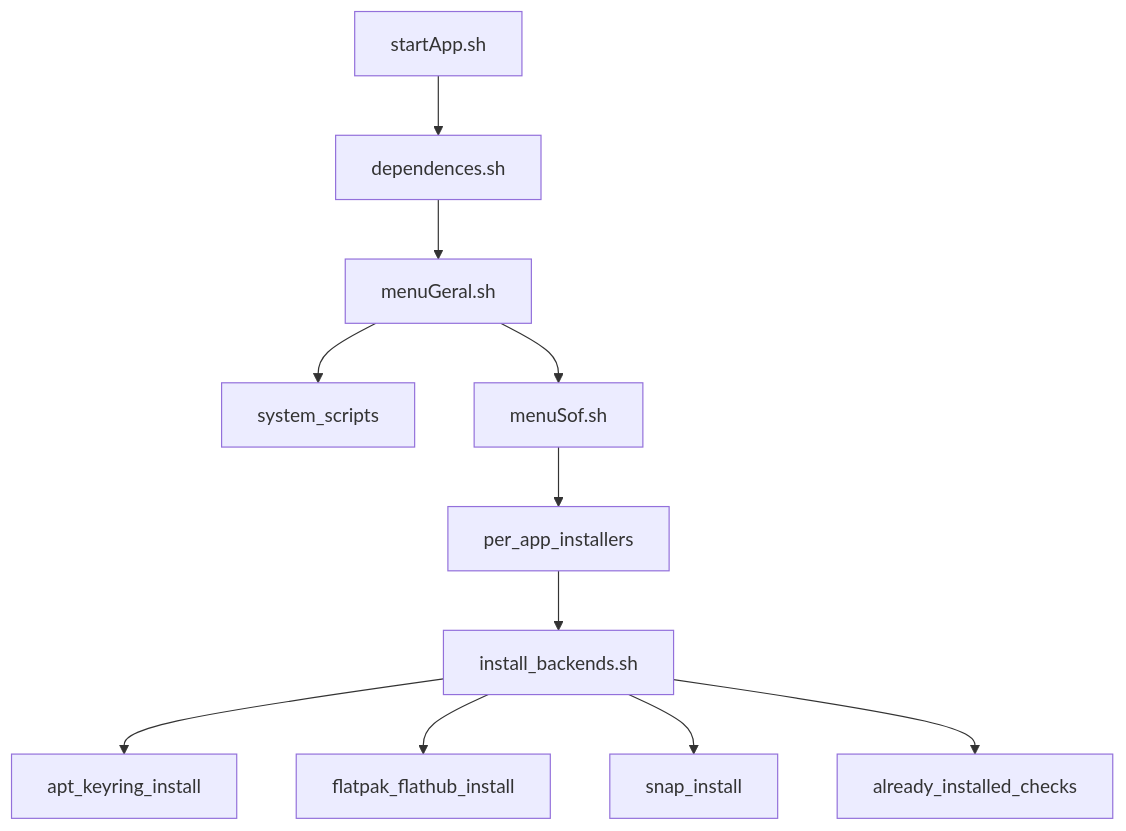
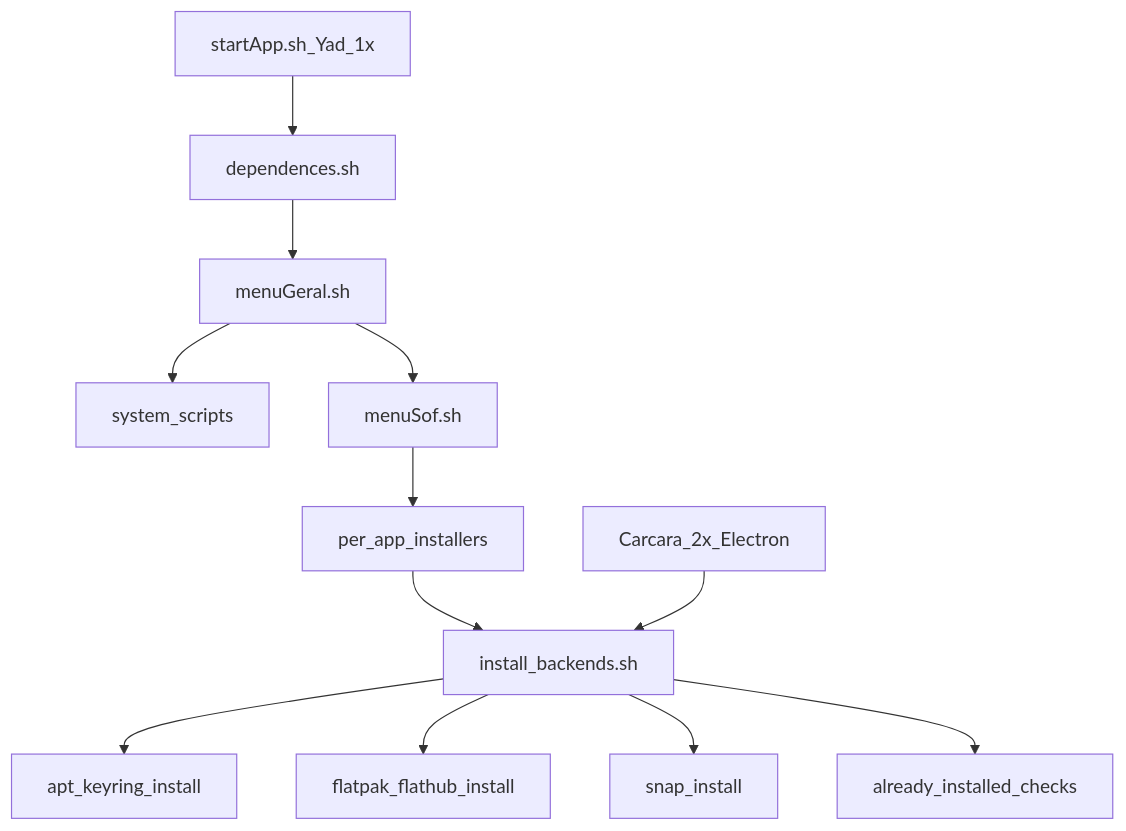
Before and after one commit to cogumm/myLinux: the diagram in .agents/idea/carcara-modern-install.md, drawn with Mermaid. The commit also changed other lines of this file and 4 other files, not shown here.

````diff
--- a/.agents/idea/carcara-modern-install.md
+++ b/.agents/idea/carcara-modern-install.md
@@ -52,13 +67,14 @@
 ```mermaid
 flowchart TD
-  startApp[startApp.sh] --> deps[dependences.sh]
+  startApp[startApp.sh_Yad_1x] --> deps[dependences.sh]
   deps --> menu[menuGeral.sh]
   menu --> sys[system_scripts]
   menu --> sof[menuSof.sh]
   sof --> apps[per_app_installers]
   apps --> lib[install_backends.sh]
+  electron2x[Carcara_2x_Electron] --> lib
   lib --> aptChan[apt_keyring_install]
   lib --> flatpakChan[flatpak_flathub_install]
   lib --> snapChan[snap_install]
   lib --> idem[already_installed_checks]
 ```
````
